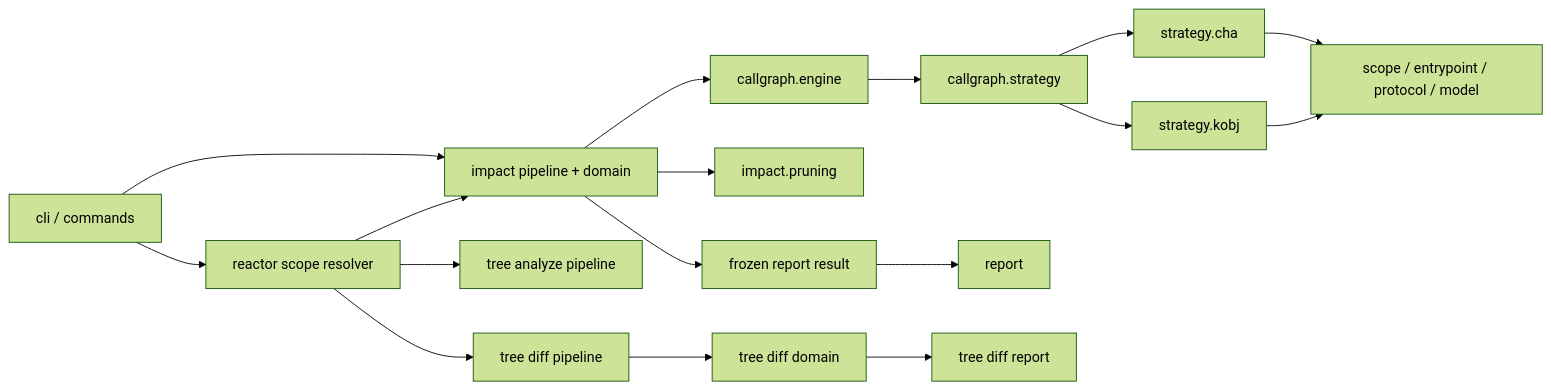
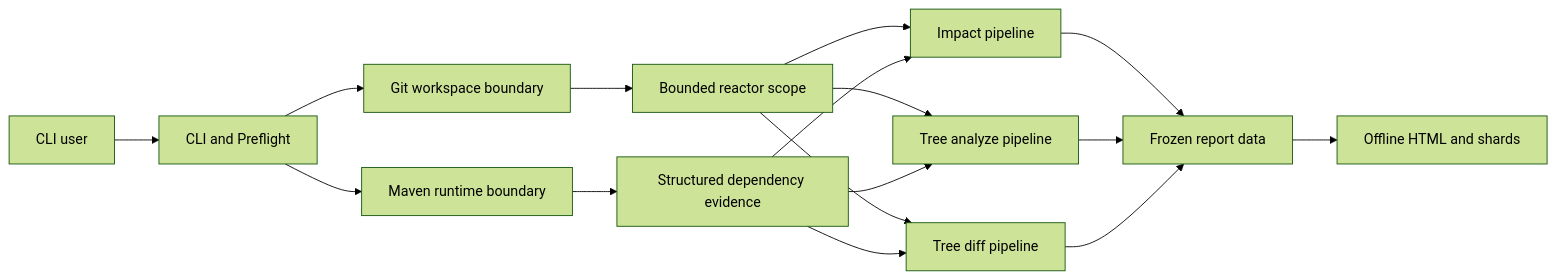
The diagram in wiki/architecture/dependency-analysis-pipelines.md (ymyii/change-impact-analyze), drawn with Mermaid (forest theme) before and after one commit. The commit also changed other lines of this file and 140 other files, not shown here.

````diff
--- a/wiki/architecture/dependency-analysis-pipelines.md
+++ b/wiki/architecture/dependency-analysis-pipelines.md
@@ -81,19 +24,18 @@
 ```mermaid
 flowchart LR
-  CLI["cli / commands"] --> Impact["impact pipeline + domain"]
-  CLI --> Reactor["reactor scope resolver"]
-  Reactor --> Impact
-  Reactor --> TreeAnalyze["tree analyze pipeline"]
-  Reactor --> TreeDiff["tree diff pipeline"]
-  TreeDiff --> TreeDomain["tree diff domain"]
-  TreeDomain --> TreeReport["tree diff report"]
-  Impact --> Engine["callgraph.engine"]
-  Engine --> Strategy["callgraph.strategy"]
-  Strategy --> CHA["strategy.cha"]
-  Strategy --> KObj["strategy.kobj"]
-  CHA --> Common["scope / entrypoint / protocol / model"]
-  KObj --> Common
-  Impact --> Pruning["impact.pruning"]
-  Impact --> Snapshot["frozen report result"]
-  Snapshot --> Report["report"]
+  Actor["CLI user"] --> CLI["CLI and Preflight"]
+  CLI --> WS["Git workspace boundary"]
+  CLI --> RT["Maven runtime boundary"]
+  WS --> Scope["Bounded reactor scope"]
+  RT --> Evidence["Structured dependency evidence"]
+  Scope --> Impact["Impact pipeline"]
+  Scope --> TreeAnalyze["Tree analyze pipeline"]
+  Scope --> TreeDiff["Tree diff pipeline"]
+  Evidence --> Impact
+  Evidence --> TreeAnalyze
+  Evidence --> TreeDiff
+  Impact --> Frozen["Frozen report data"]
+  TreeAnalyze --> Frozen
+  TreeDiff --> Frozen
+  Frozen --> Offline["Offline HTML and shards"]
 ```
````
